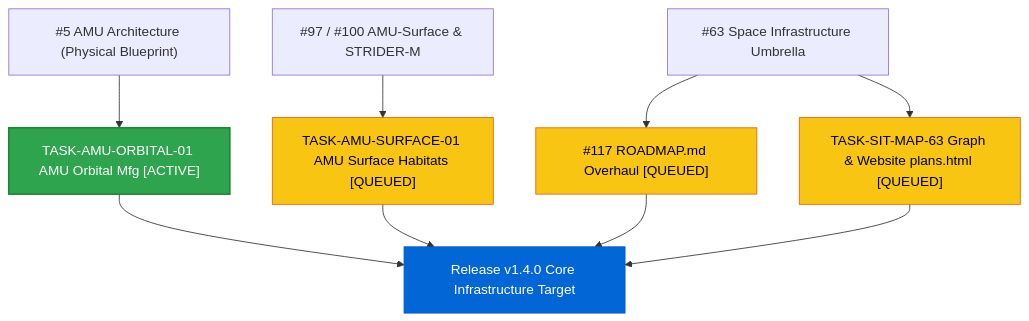
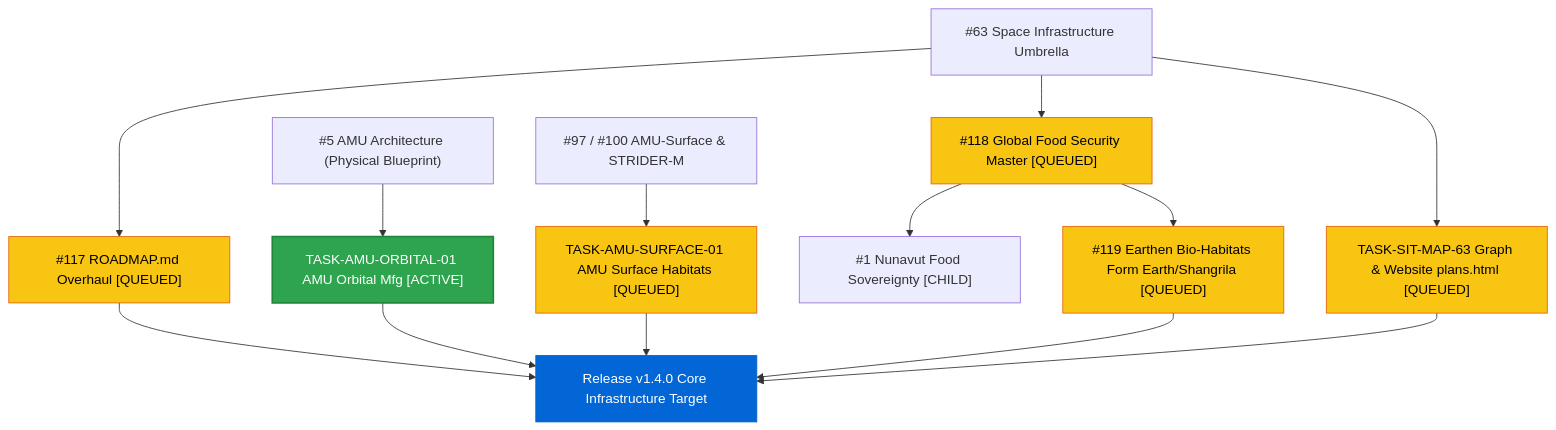
Before and after one commit to stellardreams/asi.surge.sh: the diagram in forward_tasks.md, drawn with Mermaid. The commit also changed other lines of this file, not shown here.

Commit message:
docs(tracker): integrate Issue #118 Food Security and #119 Earthen Bio-Habitats into forward_tasks.md (#118, #119)

````diff
--- a/forward_tasks.md
+++ b/forward_tasks.md
@@ -82,22 +88,29 @@
 ```mermaid
 graph TD
     I63["#63 Space Infrastructure Umbrella"] --> I117["#117 ROADMAP.md Overhaul [QUEUED]"]
+    I63 --> I118["#118 Global Food Security Master [QUEUED]"]
+    I118 --> I01["#1 Nunavut Food Sovereignty [CHILD]"]
+    I118 --> I119["#119 Earthen Bio-Habitats Form Earth/Shangrila [QUEUED]"]
+
     I05["#5 AMU Architecture (Physical Blueprint)"] --> O01["TASK-AMU-ORBITAL-01 AMU Orbital Mfg [ACTIVE]"]
     I97["#97 / #100 AMU-Surface & STRIDER-M"] --> S01["TASK-AMU-SURFACE-01 AMU Surface Habitats [QUEUED]"]
     I63 --> M63["TASK-SIT-MAP-63 Graph & Website plans.html [QUEUED]"]
     
     O01 --> V140["Release v1.4.0 Core Infrastructure Target"]
     S01 --> V140
     I117 --> V140
+    I119 --> V140
     M63 --> V140
 
     classDef active fill:#2ea44f,stroke:#22863a,stroke-width:2px,color:#fff;
     classDef queued fill:#f9c513,stroke:#e36209,stroke-width:1px,color:#000;
     classDef target fill:#0366d6,stroke:#005cc5,stroke-width:1px,color:#fff;
 
     class O01 active;
     class S01 queued;
     class I117 queued;
+    class I118 queued;
+    class I119 queued;
     class M63 queued;
     class V140 target;
 ```
````
